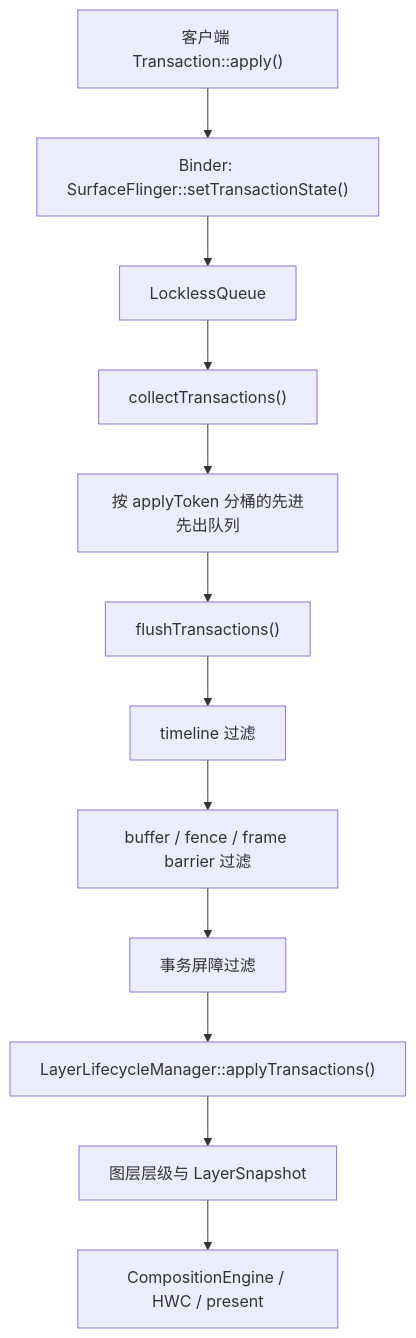
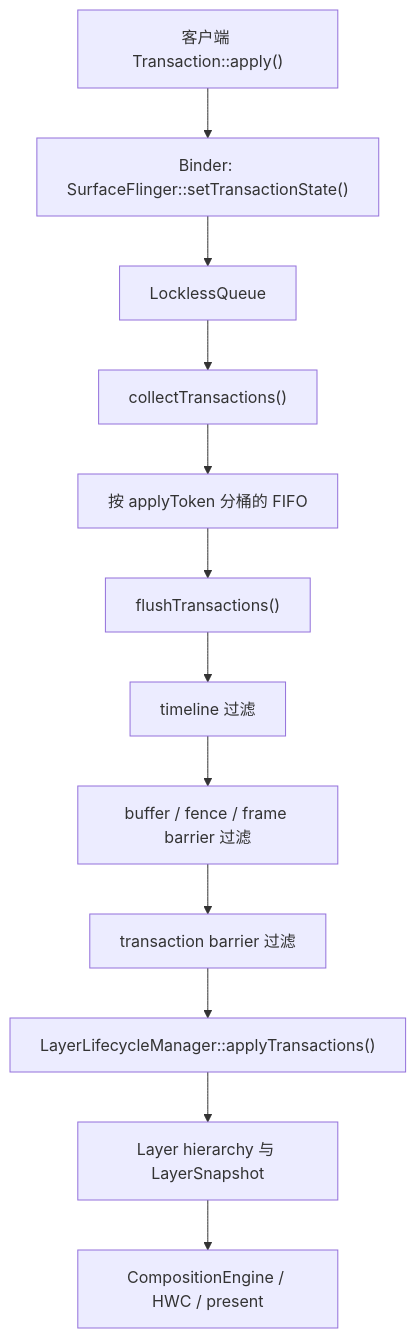
The diagram in src/part1-fundamentals/ch02-rendering/27-sf-transaction-queue-lockless.md (Gracker/android-internals-wiki), drawn with Mermaid before and after one commit. The commit also changed other lines of this file and 4 other files, not shown here.

````diff
--- a/src/part1-fundamentals/ch02-rendering/27-sf-transaction-queue-lockless.md
+++ b/src/part1-fundamentals/ch02-rendering/27-sf-transaction-queue-lockless.md
@@ -51,14 +51,14 @@
 ```mermaid
 flowchart TD
     A["客户端 Transaction::apply()"] --> B["Binder: SurfaceFlinger::setTransactionState()"]
     B --> C["LocklessQueue<QueuedTransactionState>"]
     C --> D["collectTransactions()"]
-    D --> E["按 applyToken 分桶的先进先出队列"]
+    D --> E["按 applyToken 分桶的 FIFO"]
     E --> F["flushTransactions()"]
     F --> G["timeline 过滤"]
     G --> H["buffer / fence / frame barrier 过滤"]
-    H --> I["事务屏障过滤"]
+    H --> I["transaction barrier 过滤"]
     I --> J["LayerLifecycleManager::applyTransactions()"]
-    J --> K["图层层级与 LayerSnapshot"]
+    J --> K["Layer hierarchy 与 LayerSnapshot"]
     K --> L["CompositionEngine / HWC / present"]
 ```
````
